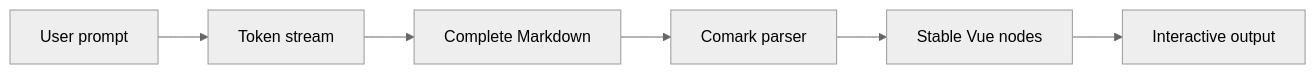
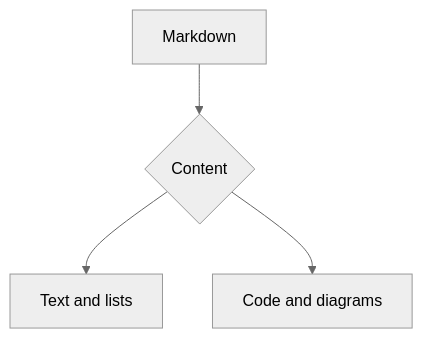
Before and after one commit to jinghaihan/vue-stream-markdown: the first of 4 diagrams in playground/nuxt/app/markdown/landing-page.md, drawn with Mermaid (neutral theme). The commit also changed other lines of this file and 1 other file, not shown here.

Commit message:
docs(playground): refresh landing page and mermaid examples

````diff
--- a/playground/nuxt/app/markdown/landing-page.md
+++ b/playground/nuxt/app/markdown/landing-page.md
@@ -141,8 +216,6 @@
 ```mermaid
-flowchart LR
-    Prompt[User prompt] --> Stream[Token stream]
-    Stream --> Complete[Complete Markdown]
-    Complete --> Parse[Comark parser]
-    Parse --> Render[Stable Vue nodes]
-    Render --> UI[Interactive output]
+flowchart TB
+    A[Markdown] --> B{Content}
+    B --> C[Text and lists]
+    B --> D[Code and diagrams]
 ```
````
